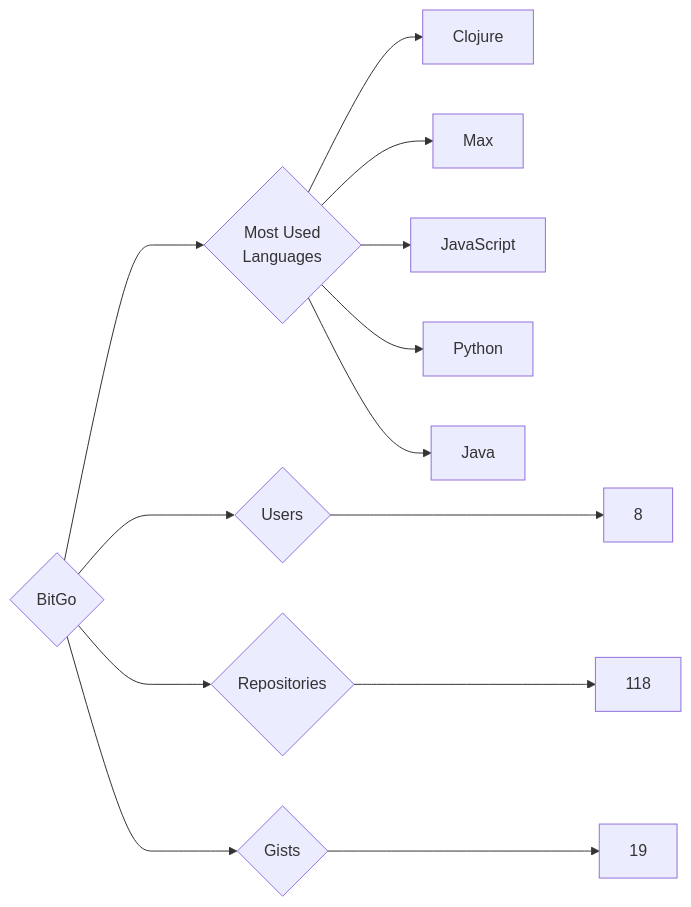
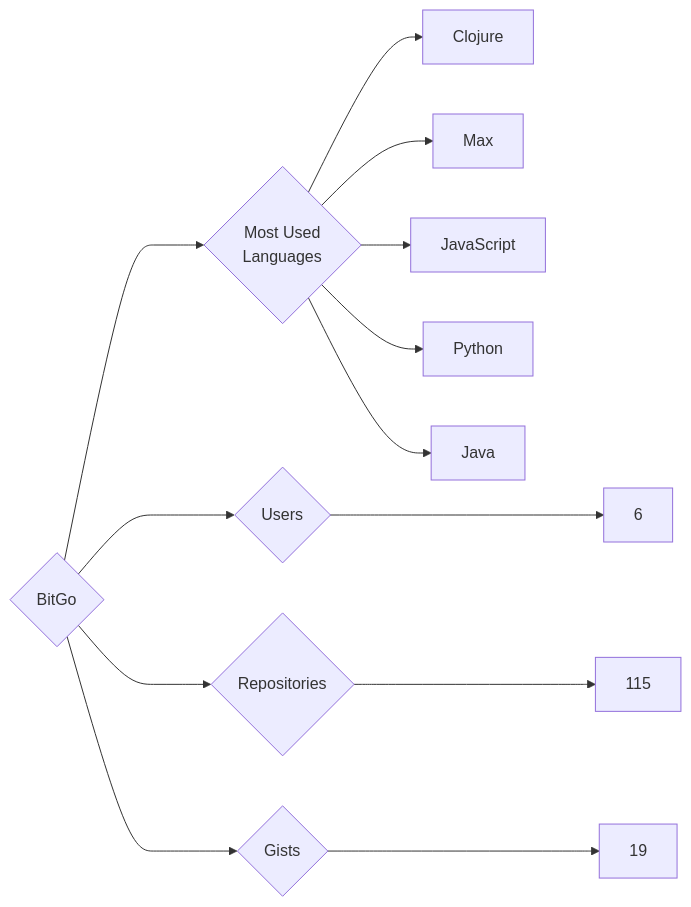
The diagram in targets/BitGo/README.md (trickest/insiders), drawn with Mermaid before and after one commit. The commit also changed 912 other files, not shown here.

````diff
--- a/targets/BitGo/README.md
+++ b/targets/BitGo/README.md
@@ -3,13 +3,13 @@
 ```mermaid
 graph LR
 COMPANY_NAME{BitGo}
-COMPANY_NAME ---> U{Users} ---> UN[8]
-COMPANY_NAME ---> R{Repositories} ---> RN[118]
+COMPANY_NAME ---> U{Users} ---> UN[6]
+COMPANY_NAME ---> R{Repositories} ---> RN[115]
 COMPANY_NAME ---> G{Gists} ---> GN[19]
 COMPANY_NAME ---> ML{Most Used<br>Languages}
 ML --> Clojure[Clojure]
 ML --> Max[Max]
 ML --> JavaScript[JavaScript]
 ML --> Python[Python]
 ML --> Java[Java]
 ```
````
